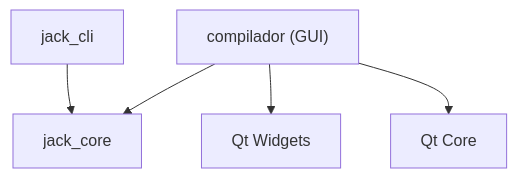
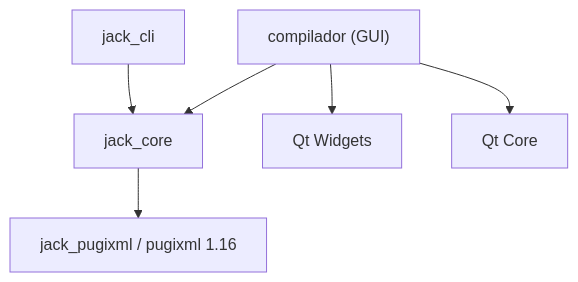
The second of 2 diagrams in docs/tecnico/arquitetura.md (slovich/JackCompiler), drawn with Mermaid before and after one commit. The commit also changed other lines of this file and 6 other files, not shown here.

````diff
--- a/docs/tecnico/arquitetura.md
+++ b/docs/tecnico/arquitetura.md
@@ -132,7 +147,8 @@
 ```mermaid
 flowchart TD
     A["jack_cli"] --> C["jack_core"]
     B["compilador (GUI)"] --> C
+    C --> F["jack_pugixml / pugixml 1.16"]
     B --> D["Qt Widgets"]
     B --> E["Qt Core"]
 ```
````
